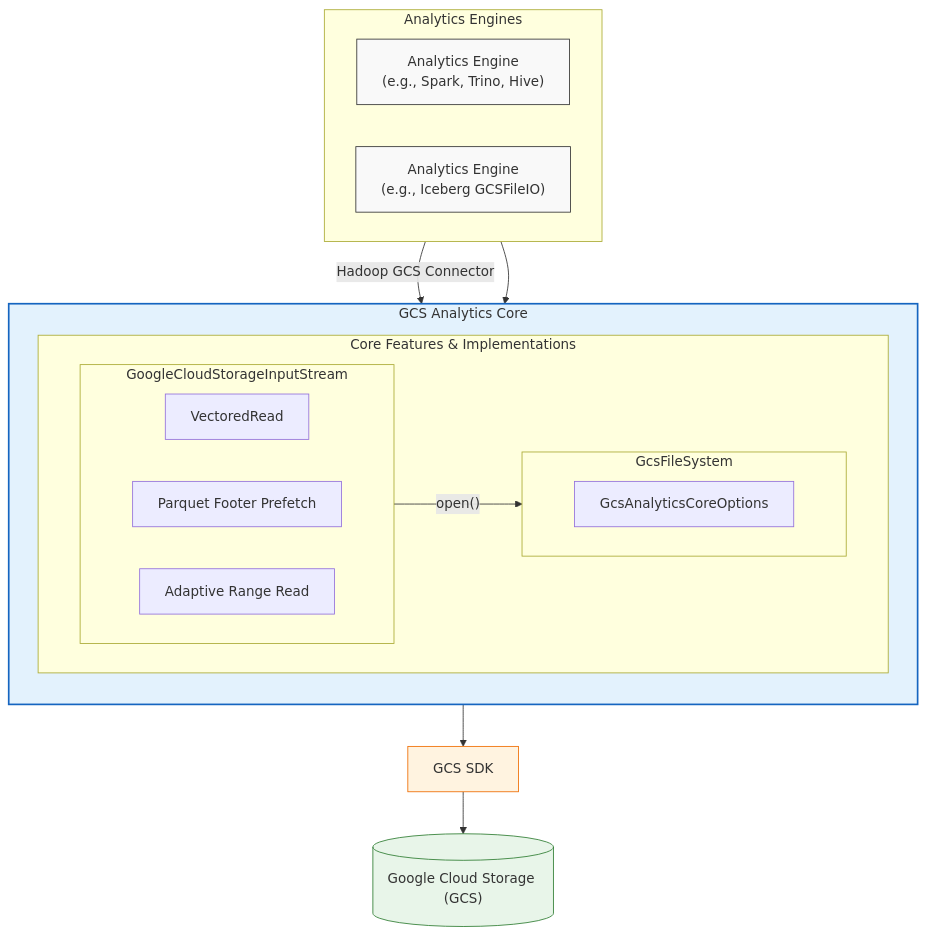
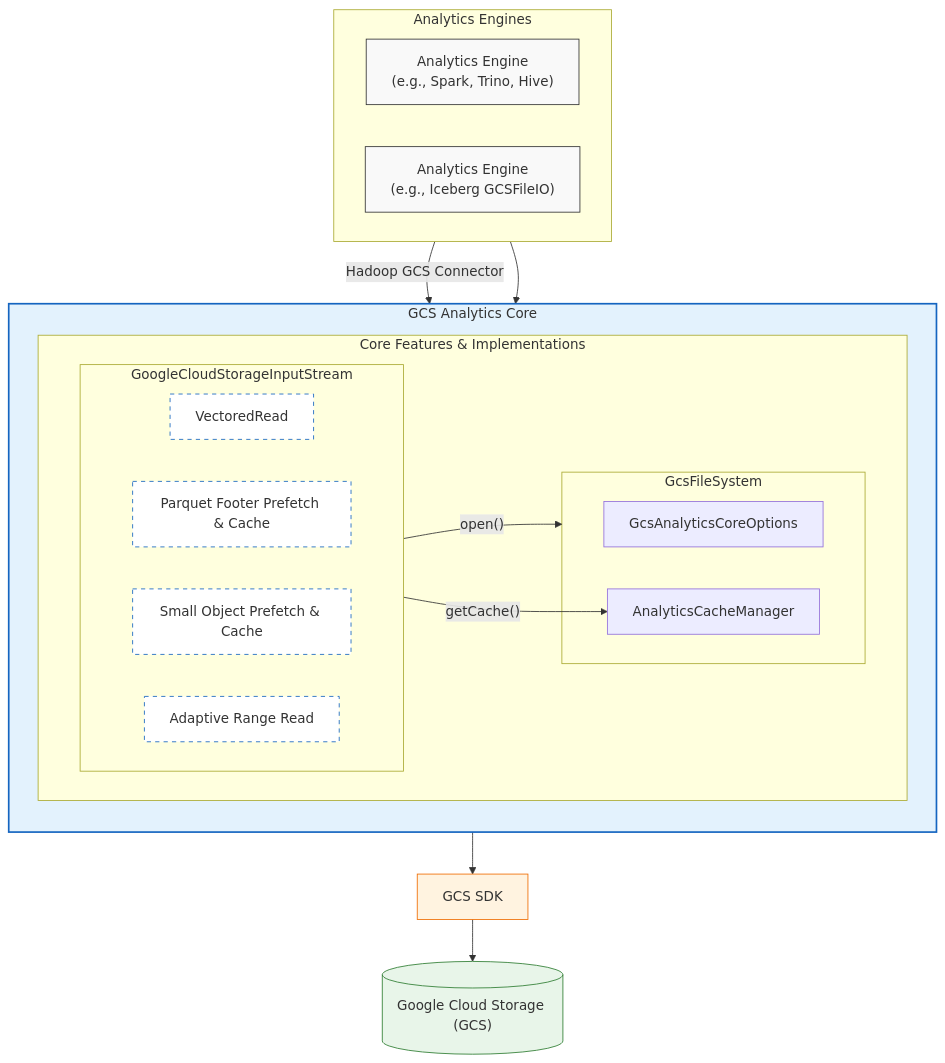
One commit to GoogleCloudPlatform/gcs-analytics-core changed the diagram in README.md. Above: the diagram before and after it, drawn with Mermaid. The commit also changed other lines of this file and 1 other file, not shown here.

Commit message:
docs: update configuration with parquet footer cache and prefetch flags

````diff
--- a/README.md
+++ b/README.md
@@ -29,53 +31,56 @@
 ```mermaid
 graph TD
     %% Top Layer: Analytics Engines
     subgraph Clients ["Analytics Engines"]
         direction LR
         AE1["Analytics Engine<br>(e.g., Spark, Trino, Hive)"]
         AE2["Analytics Engine<br>(e.g., Iceberg GCSFileIO)"]
     end
 
     %% Middle Layer: GCS Analytics Core
     subgraph Core ["GCS Analytics Core"]
         direction TB
         %% Internal Components representing the features from the text
         subgraph Features ["Core Features & Implementations"]
             direction TB
             subgraph GCSIS ["GoogleCloudStorageInputStream"]
                 VIO["VectoredRead"]
-                PFP["Parquet Footer Prefetch"]
+                PFP["Parquet Footer Prefetch & Cache"]
+                SOP["Small Object Prefetch & Cache"]
                 ARR["Adaptive Range Read"]
             end
             subgraph GFS ["GcsFileSystem"]
                 GACO["GcsAnalyticsCoreOptions"]
+                ACM["AnalyticsCacheManager"]
             end
             direction LR
             GCSIS -- "open()" -->  GFS
+            GCSIS -- "getCache()" --> ACM
         end
     end
 
     %% Lower Layers
     Lib["GCS SDK"]
     GCS[("Google Cloud Storage (GCS)")]
 
     %% Relationships
     AE1 -- "Hadoop GCS Connector" --> Core
     AE2 --> Core
 
     %% Flow downwards
     Core --> Lib
     Lib --> GCS
 
     %% Styling for visual clarity
     classDef engine fill:#f9f9f9,stroke:#333,stroke-width:1px;
     classDef core fill:#e3f2fd,stroke:#1565c0,stroke-width:2px;
     classDef feature fill:#ffffff,stroke:#1565c0,stroke-dasharray: 5 5;
     classDef lib fill:#fff3e0,stroke:#ef6c00,stroke-width:1px;
     classDef storage fill:#e8f5e9,stroke:#2e7d32,stroke-width:1px;
 
     class AE1,AE2 engine;
     class Core core;
-    class VR,FP,FS feature;
+    class VIO,PFP,SOP,ARR feature;
     class Lib lib;
     class GCS storage;
 ```
````
